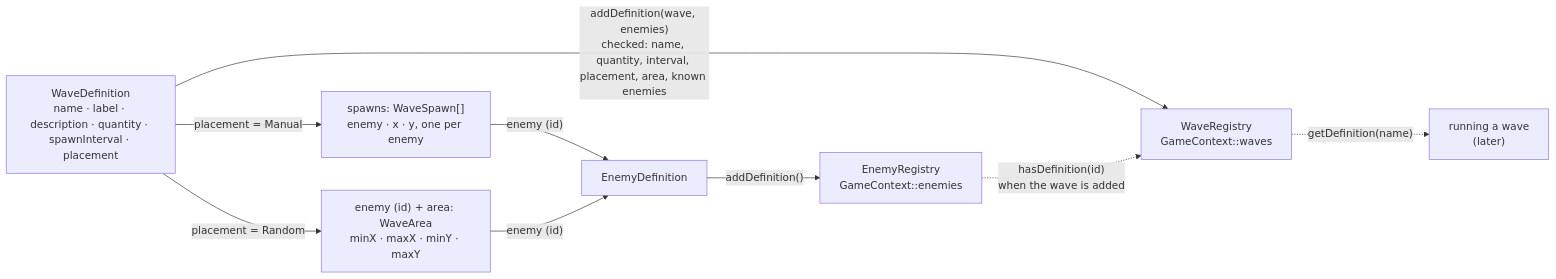
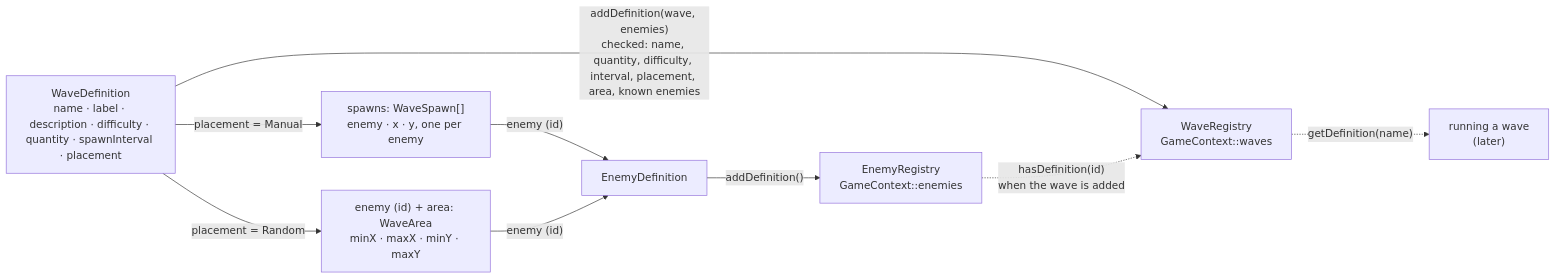
Before and after one commit to Akinator31/Rtype: the eighth of 9 diagrams in docs/architecture/game.md, drawn with Mermaid. The commit also changed other lines of this file and 1 other file, not shown here.

Commit message:
docs(difficulty): add difficulty attribute to wave definitions and configuration

````diff
--- a/docs/architecture/game.md
+++ b/docs/architecture/game.md
@@ -360,12 +361,12 @@
 ```mermaid
 flowchart LR
-    Def["WaveDefinition<br/>name · label · description · quantity · spawnInterval · placement"]
+    Def["WaveDefinition<br/>name · label · description · difficulty · quantity · spawnInterval · placement"]
     Def -- "placement = Manual" --> Spawns["spawns: WaveSpawn[]<br/>enemy · x · y, one per enemy"]
     Def -- "placement = Random" --> Rand["enemy (id) + area: WaveArea<br/>minX · maxX · minY · maxY"]
-    Def -- "addDefinition(wave, enemies)<br/>checked: name, quantity, interval, placement, area, known enemies" --> Reg["WaveRegistry<br/>GameContext::waves"]
+    Def -- "addDefinition(wave, enemies)<br/>checked: name, quantity, difficulty, interval, placement, area, known enemies" --> Reg["WaveRegistry<br/>GameContext::waves"]
     Spawns -- "enemy (id)" --> EDef["EnemyDefinition"]
     Rand -- "enemy (id)" --> EDef
     EDef -- "addDefinition()" --> EReg["EnemyRegistry<br/>GameContext::enemies"]
     EReg -. "hasDefinition(id)<br/>when the wave is added" .-> Reg
     Reg -. "getDefinition(name)" .-> Run["running a wave<br/>(later)"]
 ```
````
